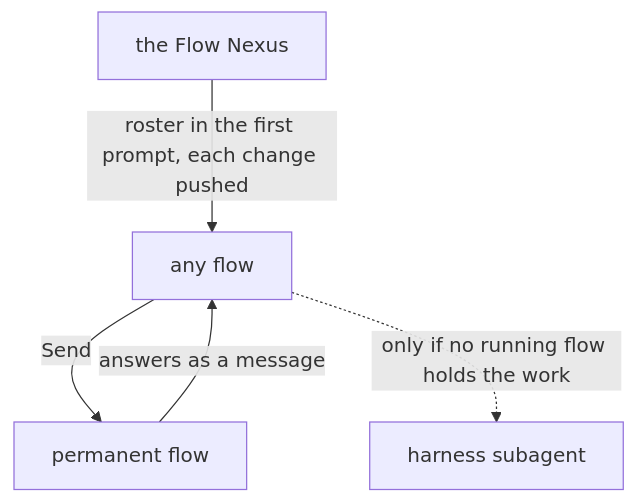
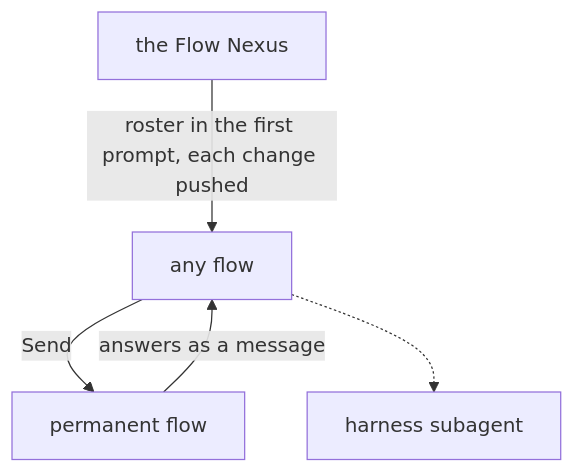
Before and after one commit to LiGoldragon/psyche-belief: the fifth of 7 diagrams in vision/flow-nexus/1.md, drawn with Mermaid. The commit also changed other lines of this file and 2 other files, not shown here.

Commit message:
intent/main-flow/0.md, intent/fable/0.md, vision/flow-nexus/1.md: a main flow maximizes subagents; the lines that kept subagents to what no running flow holds are removed (maximize subagents, approved by the living)
Claude-Session: https://claude.ai/code/session_019YVikx634B2QZm3e4UWwXX

````diff
--- a/vision/flow-nexus/1.md
+++ b/vision/flow-nexus/1.md
@@ -252,7 +252,7 @@
 ```mermaid
 flowchart TB
     n["the Flow Nexus"] -- "roster in the first prompt, each change pushed" --> f["any flow"]
     f -- "Send" --> p["permanent flow"]
     p -- "answers as a message" --> f
-    f -. "only if no running flow holds the work" .-> h["harness subagent"]
+    f -.-> h["harness subagent"]
 ```
````
